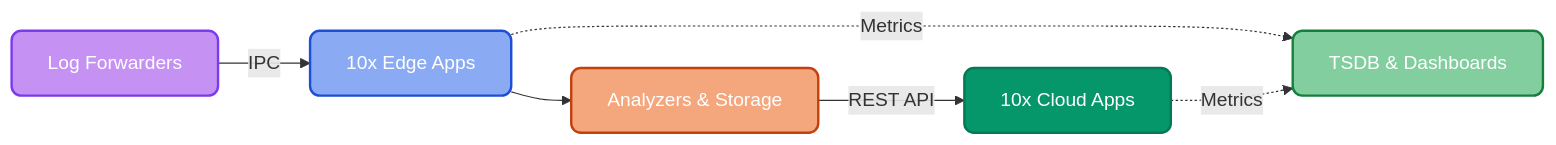
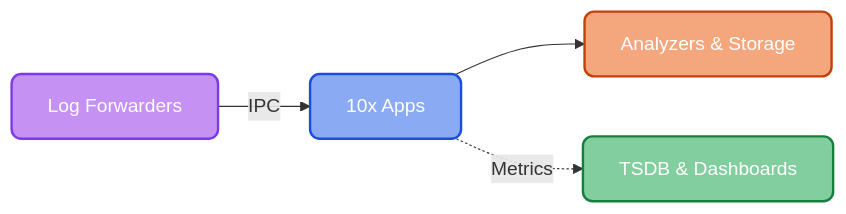
The diagram in apps/doc.md (log-10x/modules), drawn with Mermaid before and after one commit. The commit also changed other lines of this file and 194 other files, not shown here.

First line of the commit message:
Feature/edge apps rework (#7)

````diff
--- a/apps/doc.md
+++ b/apps/doc.md
@@ -11,20 +11,16 @@
 ```mermaid
 graph LR
-    Forwarders["Log Forwarders"] -->|IPC| Edge["10x Edge Apps"]
-    Edge --> Analyzers["Analyzers & Storage"]
-    Analyzers -->|REST API| Cloud["10x Cloud Apps"]
-    Edge -.->|Metrics| Console["TSDB & Dashboards"]
-    Cloud -.->|Metrics| Console
+    Forwarders["Log Forwarders"] -->|IPC| Apps["10x Apps"]
+    Apps --> Analyzers["Analyzers & Storage"]
+    Apps -.->|Metrics| Console["TSDB & Dashboards"]
 
     classDef forwarders fill:#9333ea88,stroke:#7c3aed,color:#ffffff,stroke-width:2px,rx:8,ry:8
-    classDef edge fill:#2563eb88,stroke:#1d4ed8,color:#ffffff,stroke-width:2px,rx:8,ry:8
+    classDef apps fill:#2563eb88,stroke:#1d4ed8,color:#ffffff,stroke-width:2px,rx:8,ry:8
     classDef analyzers fill:#ea580c88,stroke:#c2410c,color:#ffffff,stroke-width:2px,rx:8,ry:8
-    classDef cloud fill:#059669,stroke:#047857,color:#ffffff,stroke-width:2px,rx:8,ry:8
     classDef console fill:#16a34a88,stroke:#15803d,color:#ffffff,stroke-width:2px,rx:8,ry:8
 
     class Forwarders forwarders
-    class Edge edge
+    class Apps apps
     class Analyzers analyzers
-    class Cloud cloud
     class Console console
 ```
````
